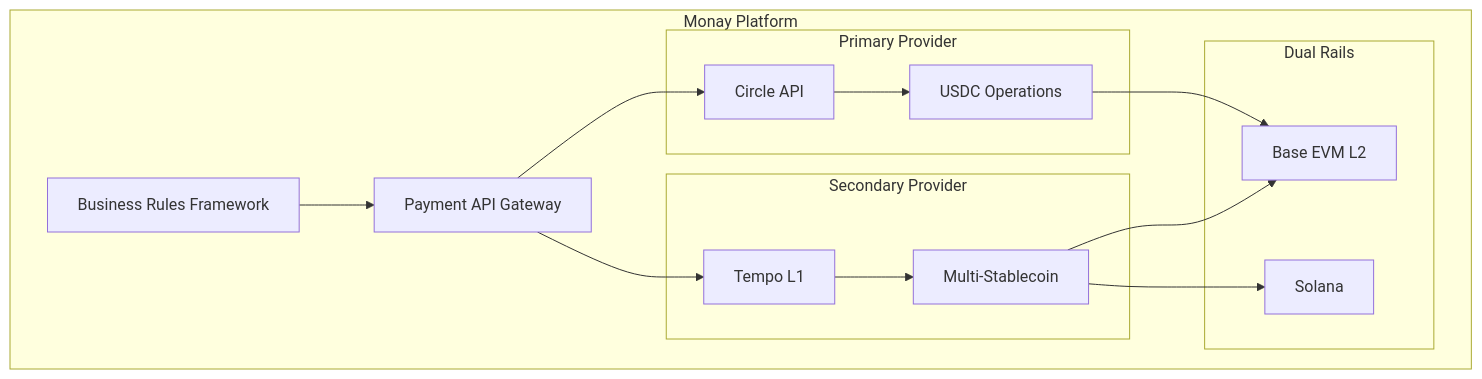
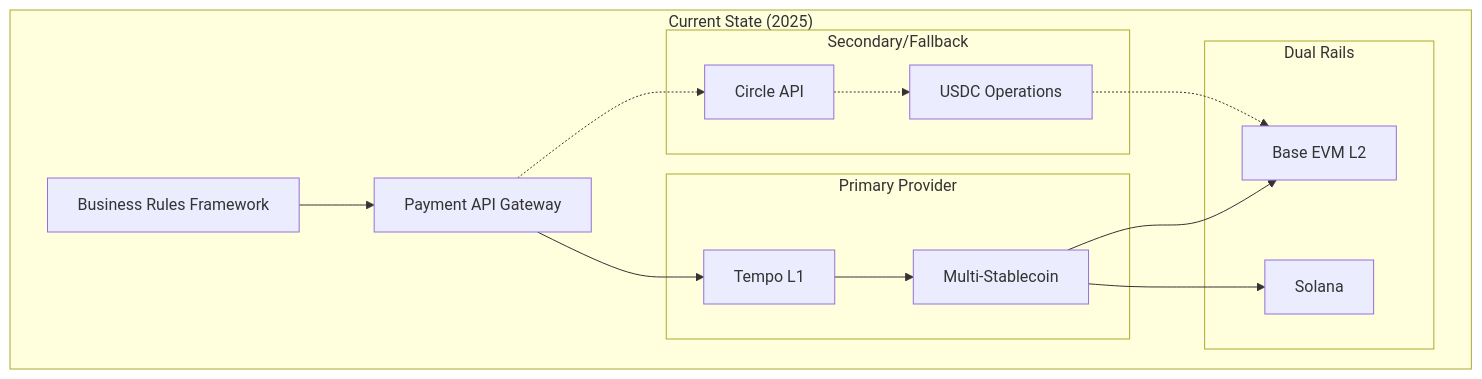
Before and after one commit to alisaberitilli/monay-website-static: the first of 2 diagrams in TEMPO_INTEGRATION_EVALUATION.md, drawn with Mermaid. The commit also changed other lines of this file and 3 other files, not shown here.

````diff
--- a/TEMPO_INTEGRATION_EVALUATION.md
+++ b/TEMPO_INTEGRATION_EVALUATION.md
@@ -53,31 +61,31 @@
 ```mermaid
 graph TB
-    subgraph "Monay Platform"
+    subgraph "Current State (2025)"
         API[Payment API Gateway]
         BRF[Business Rules Framework]
 
         subgraph "Primary Provider"
+            Tempo[Tempo L1]
+            MultiStable[Multi-Stablecoin]
+        end
+
+        subgraph "Secondary/Fallback"
             Circle[Circle API]
             USDC[USDC Operations]
-        end
-
-        subgraph "Secondary Provider"
-            Tempo[Tempo L1]
-            MultiStable[Multi-Stablecoin]
         end
 
         subgraph "Dual Rails"
             Enterprise[Base EVM L2]
             Consumer[Solana]
         end
     end
 
-    API --> Circle
     API --> Tempo
-    Circle --> USDC
+    API -.-> Circle
     Tempo --> MultiStable
-    USDC --> Enterprise
+    Circle -.-> USDC
     MultiStable --> Enterprise
     MultiStable --> Consumer
+    USDC -.-> Enterprise
     BRF --> API
 ```
````
